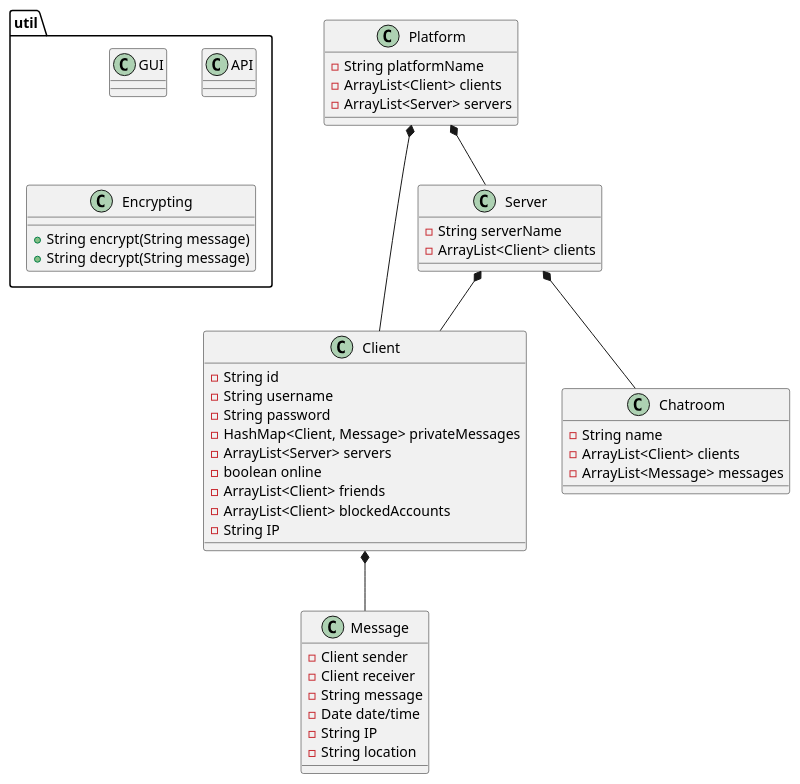
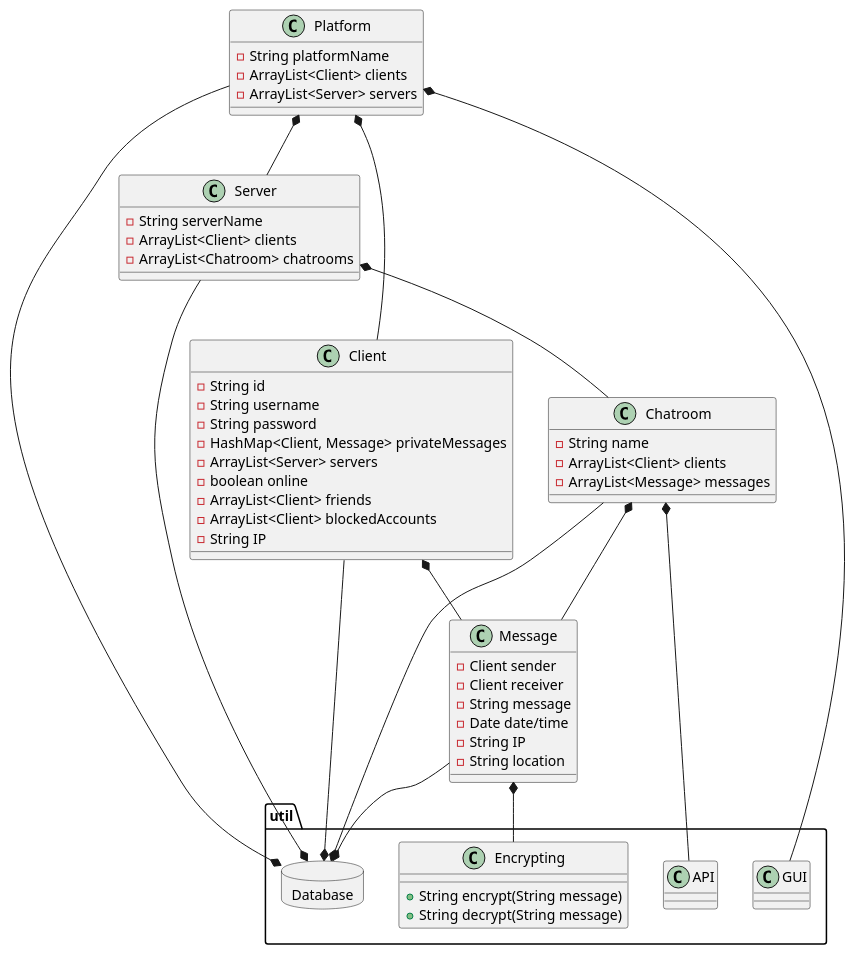
The diagram in src/main/java/ICE/doc/classdiagram.puml (Styrse/ICE), drawn with PlantUML before and after one commit.

Commit message:
Styr - Updated classdiagram

```diff
--- a/src/main/java/ICE/doc/classdiagram.puml
+++ b/src/main/java/ICE/doc/classdiagram.puml
@@ -1,58 +1,73 @@
 @startuml
 class Platform{
 - String platformName
 - ArrayList<Client> clients
 - ArrayList<Server> servers
 }
 
 class Server{
 - String serverName
 - ArrayList<Client> clients
+- ArrayList<Chatroom> chatrooms
 }
 
 class Client{
 - String id
 - String username
 - String password
 - HashMap<Client, Message> privateMessages
 - ArrayList<Server> servers
 - boolean online
 - ArrayList<Client> friends
 - ArrayList<Client> blockedAccounts
 - String IP
 }
 
 class Chatroom{
 - String name
 - ArrayList<Client> clients
 - ArrayList<Message> messages
 }
 
 class Message{
 - Client sender
 - Client receiver
 - String message
 - Date date/time
 - String IP
 - String location
 }
 
-Platform *-- Server
-Platform *-- Client
-
-Client *-- Message
-
-Server *-- Client
-Server *-- Chatroom
-
 package util{
 class GUI
 class API
-class Encrypting
 class Encrypting{
 + String encrypt(String message)
 + String decrypt(String message)
 }
+database "Database"{
 }
 
+Platform *-- Server
+Platform *-- Client
+Platform *-- GUI
+Platform --* "Database"
+
+Client *-- Message
+Client --* "Database"
+
+Server *-- Chatroom
+Server --* "Database"
+
+Chatroom *-- Message
+Chatroom *-- API
+Chatroom --* "Database"
+
+Message *-- Encrypting
+Message --* "Database"
+
+}
+
+
+
 @enduml
```
